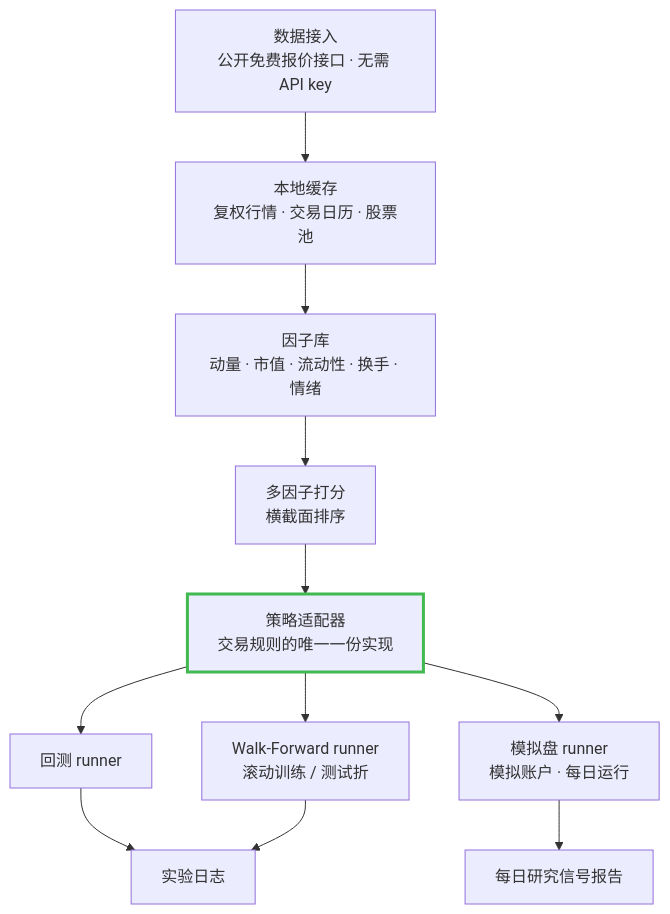
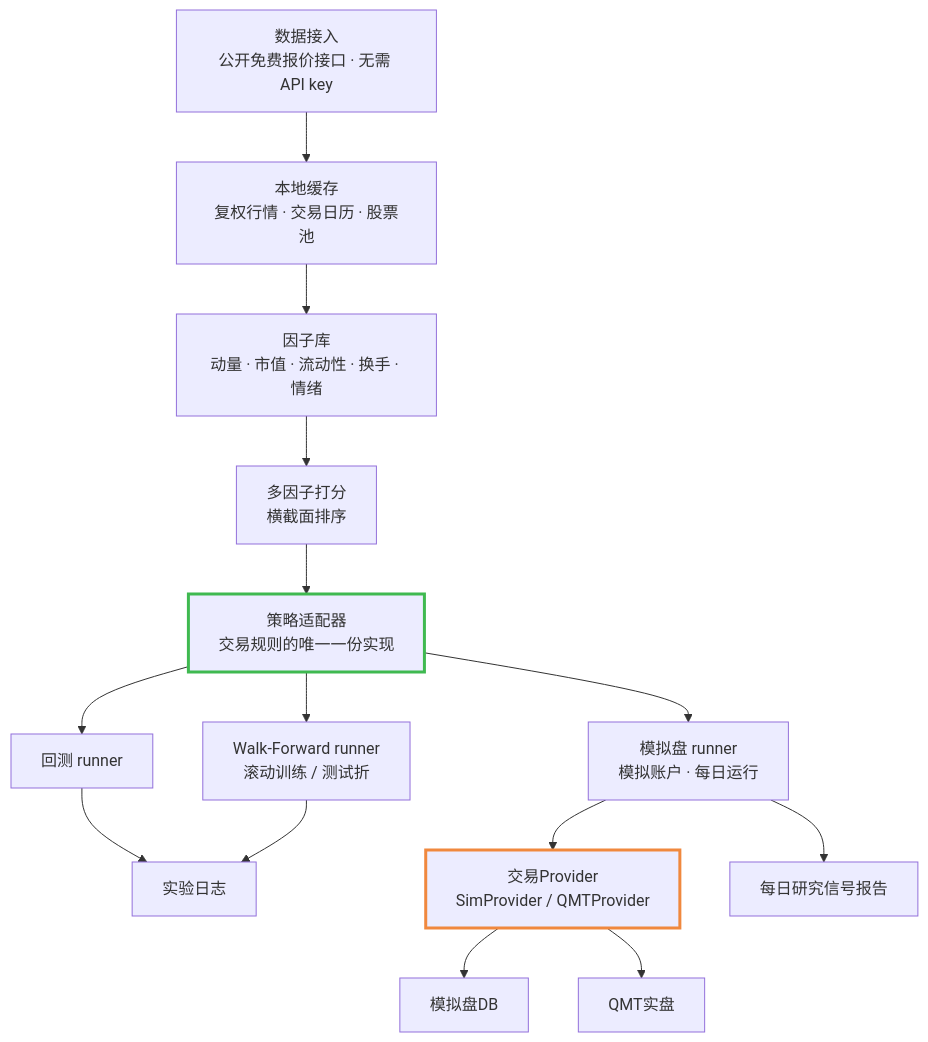
The diagram in README.zh-CN.md (fkchaos/a-share-quant-sim), drawn with Mermaid before and after one commit. The commit also changed other lines of this file and 2 other files, not shown here.

Commit message:
docs: 同步更新CLAUDE.md/README — Provider架构+QMT迁移+v82/v83实验
- CLAUDE.md: 项目结构增加providers/、trading层；新增陷阱12-14；实验编号v82/v83
- README.zh-CN.md: 架构图增加Trading Provider层；里面有什么增加交易层；FAQ更新QMT状态
- README.md: 同步英文更新

````diff
--- a/README.zh-CN.md
+++ b/README.zh-CN.md
@@ -69,14 +69,18 @@
 ```mermaid
 flowchart TD
     A["数据接入<br/>公开免费报价接口 · 无需 API key"] --> B["本地缓存<br/>复权行情 · 交易日历 · 股票池"]
     B --> C["因子库<br/>动量 · 市值 · 流动性 · 换手 · 情绪"]
     C --> D["多因子打分<br/>横截面排序"]
     D --> E["策略适配器<br/>交易规则的唯一一份实现"]
     E --> F["回测 runner"]
     E --> G["Walk-Forward runner<br/>滚动训练 / 测试折"]
     E --> H["模拟盘 runner<br/>模拟账户 · 每日运行"]
+    H --> T["交易Provider<br/>SimProvider / QMTProvider"]
+    T --> S["模拟盘DB"]
+    T --> Q["QMT实盘"]
     F --> L["实验日志"]
     G --> L
     H --> R["每日研究信号报告"]
     style E stroke:#3fb950,stroke-width:3px
+    style T stroke:#f0883e,stroke-width:3px
 ```
````
